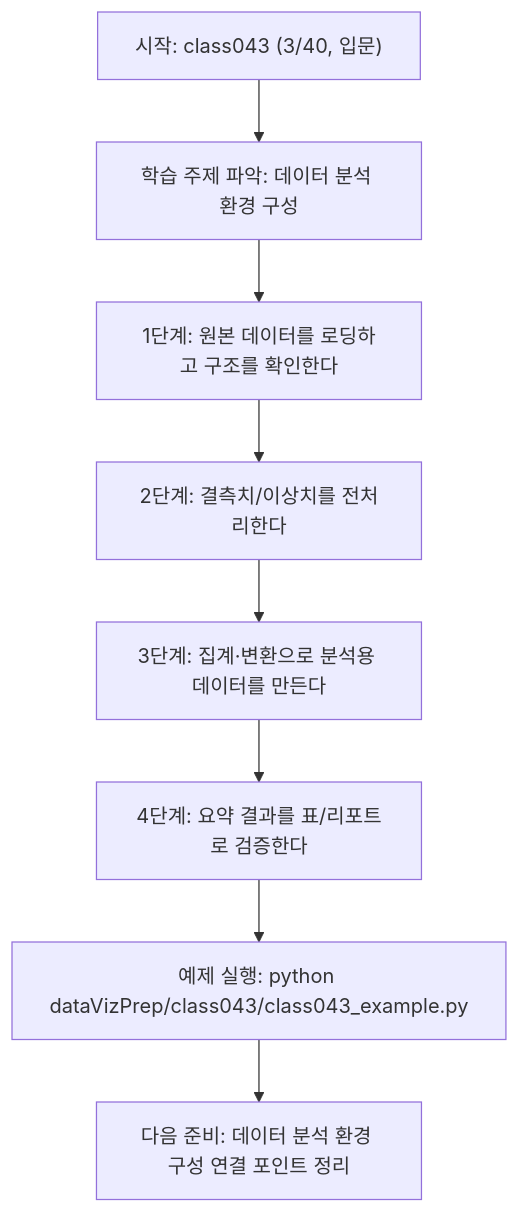
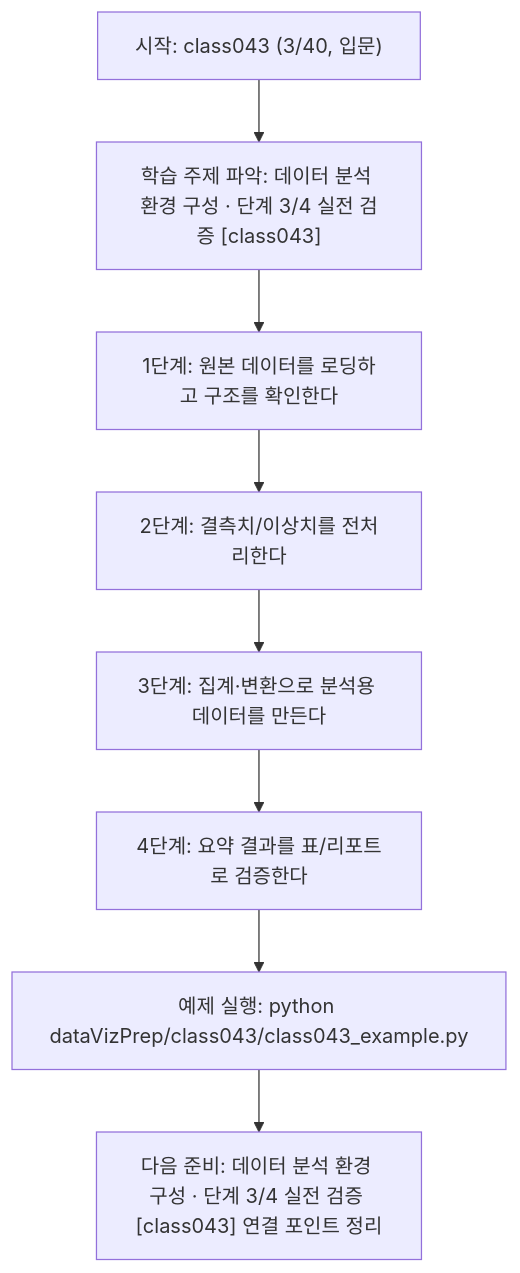
The diagram in dataVizPrep/class043/class043.md (edumgt/Python-AI_Agent-Class), drawn with Mermaid before and after one commit. The commit also changed other lines of this file and 522 other files, not shown here.

````diff
--- a/dataVizPrep/class043/class043.md
+++ b/dataVizPrep/class043/class043.md
@@ -111,18 +112,18 @@
 ```mermaid
 flowchart TD
 N1["시작: class043 (3/40, 입문)"]
-N2["학습 주제 파악: 데이터 분석 환경 구성"]
+N2["학습 주제 파악: 데이터 분석 환경 구성 · 단계 3/4 실전 검증 [class043]"]
 N3["1단계: 원본 데이터를 로딩하고 구조를 확인한다"]
 N4["2단계: 결측치/이상치를 전처리한다"]
 N5["3단계: 집계·변환으로 분석용 데이터를 만든다"]
 N6["4단계: 요약 결과를 표/리포트로 검증한다"]
 N7["예제 실행: python dataVizPrep/class043/class043_example.py"]
-N8["다음 준비: 데이터 분석 환경 구성 연결 포인트 정리"]
+N8["다음 준비: 데이터 분석 환경 구성 · 단계 3/4 실전 검증 [class043] 연결 포인트 정리"]
 N1 --> N2
 N2 --> N3
 N3 --> N4
 N4 --> N5
 N5 --> N6
 N6 --> N7
 N7 --> N8
 ```
````
